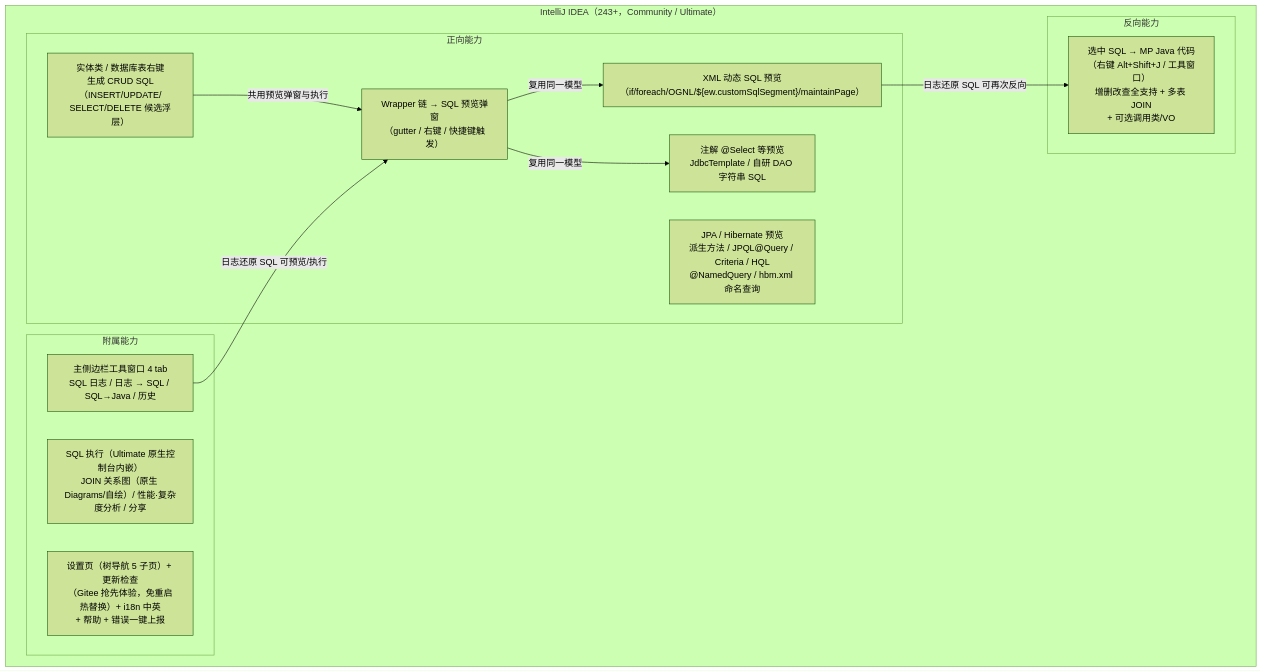
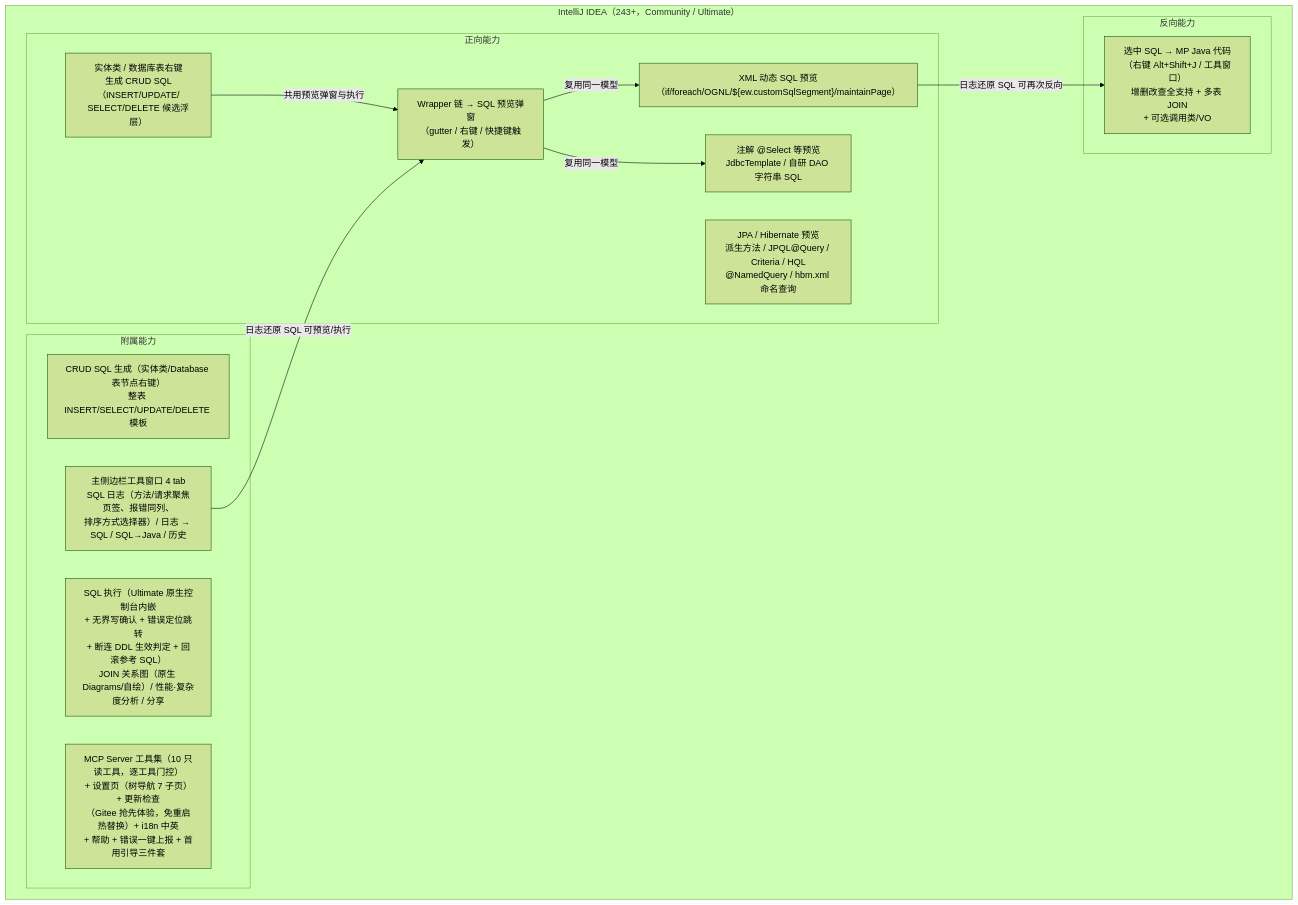
Before and after one commit to JayF211/mybatis-plus-sql-visualizer: the first of 5 diagrams in docs/架构设计/01-项目架构总览.md, drawn with Mermaid (forest theme). The commit also changed other lines of this file and 156 other files, not shown here.

````diff
--- a/docs/架构设计/01-项目架构总览.md
+++ b/docs/架构设计/01-项目架构总览.md
@@ -18,25 +18,26 @@
 ```mermaid
 flowchart TD
     subgraph IDE["IntelliJ IDEA（243+，Community / Ultimate）"]
         subgraph 正向能力
             F1["Wrapper 链 → SQL 预览弹窗<br/>（gutter / 右键 / 快捷键触发）"]
             F2["XML 动态 SQL 预览<br/>（if/foreach/OGNL/${ew.customSqlSegment}/maintainPage）"]
             F3["注解 @Select 等预览<br/>JdbcTemplate / 自研 DAO 字符串 SQL"]
             F4["JPA / Hibernate 预览<br/>派生方法 / JPQL@Query / Criteria / HQL<br/>@NamedQuery / hbm.xml 命名查询"]
             F5["实体类 / 数据库表右键<br/>生成 CRUD SQL（INSERT/UPDATE/<br/>SELECT/DELETE 候选浮层）"]
         end
         subgraph 反向能力
             R1["选中 SQL → MP Java 代码<br/>（右键 Alt+Shift+J / 工具窗口）<br/>增删改查全支持 + 多表 JOIN<br/>+ 可选调用类/VO"]
         end
         subgraph 附属能力
-            S1["主侧边栏工具窗口 4 tab<br/>SQL 日志 / 日志 → SQL / SQL→Java / 历史"]
-            S2["SQL 执行（Ultimate 原生控制台内嵌）<br/>JOIN 关系图（原生 Diagrams/自绘）/ 性能·复杂度分析 / 分享"]
-            S3["设置页（树导航 5 子页）+ 更新检查<br/>（Gitee 抢先体验，免重启热替换）+ i18n 中英<br/>+ 帮助 + 错误一键上报"]
+            S0["CRUD SQL 生成（实体类/Database 表节点右键）<br/>整表 INSERT/SELECT/UPDATE/DELETE 模板"]
+            S1["主侧边栏工具窗口 4 tab<br/>SQL 日志（方法/请求聚焦页签、报错同列、<br/>排序方式选择器）/ 日志 → SQL / SQL→Java / 历史"]
+            S2["SQL 执行（Ultimate 原生控制台内嵌<br/>+ 无界写确认 + 错误定位跳转<br/>+ 断连 DDL 生效判定 + 回滚参考 SQL）<br/>JOIN 关系图（原生 Diagrams/自绘）/ 性能·复杂度分析 / 分享"]
+            S3["MCP Server 工具集（10 只读工具，逐工具门控）<br/>+ 设置页（树导航 7 子页）+ 更新检查<br/>（Gitee 抢先体验，免重启热替换）+ i18n 中英<br/>+ 帮助 + 错误一键上报 + 首用引导三件套"]
         end
     end
     F1 -->|"复用同一模型"| F2
     F1 -->|"复用同一模型"| F3
     F5 -->|"共用预览弹窗与执行"| F1
     F2 -->|"日志还原 SQL 可再次反向"| R1
     S1 -->|"日志还原 SQL 可预览/执行"| F1
 ```
````
